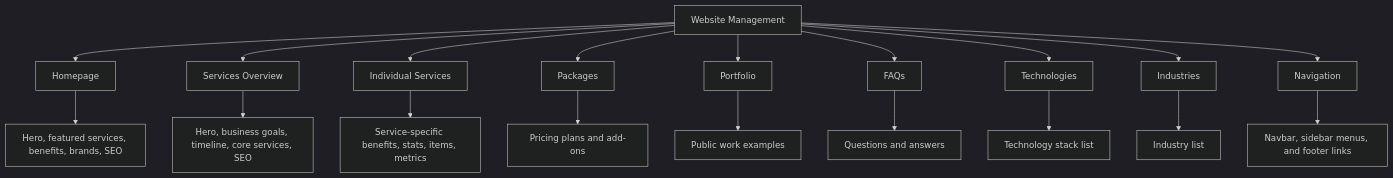
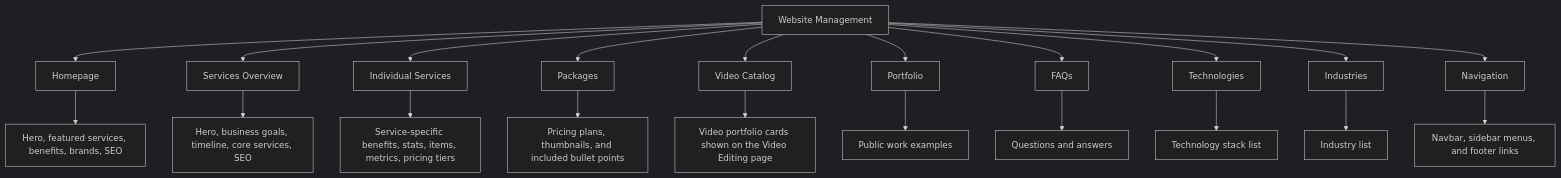
The sixth of 11 diagrams in docs/admin-dashboard-workflow.md (Vishad-N/newSimbolo), drawn with Mermaid (dark theme) before and after one commit. The commit also changed other lines of this file and 27 other files, not shown here.

````diff
--- a/docs/admin-dashboard-workflow.md
+++ b/docs/admin-dashboard-workflow.md
@@ -261,22 +267,24 @@
 ```mermaid
 flowchart TD
     A[Website Management] --> B[Homepage]
     A --> C[Services Overview]
     A --> D[Individual Services]
     A --> E[Packages]
+    A --> K[Video Catalog]
     A --> F[Portfolio]
     A --> G[FAQs]
     A --> H[Technologies]
     A --> I[Industries]
     A --> J[Navigation]
 
-    B --> K[Hero, featured services, benefits, brands, SEO]
-    C --> L[Hero, business goals, timeline, core services, SEO]
-    D --> M[Service-specific benefits, stats, items, metrics]
-    E --> N[Pricing plans and add-ons]
-    F --> O[Public work examples]
-    G --> P[Questions and answers]
-    H --> Q[Technology stack list]
-    I --> R[Industry list]
-    J --> S[Navbar, sidebar menus, and footer links]
+    B --> L[Hero, featured services, benefits, brands, SEO]
+    C --> M[Hero, business goals, timeline, core services, SEO]
+    D --> N[Service-specific benefits, stats, items, metrics, pricing tiers]
+    E --> O[Pricing plans, thumbnails, and included bullet points]
+    K --> P[Video portfolio cards shown on the Video Editing page]
+    F --> Q[Public work examples]
+    G --> R[Questions and answers]
+    H --> S[Technology stack list]
+    I --> T[Industry list]
+    J --> U[Navbar, sidebar menus, and footer links]
 ```
````
